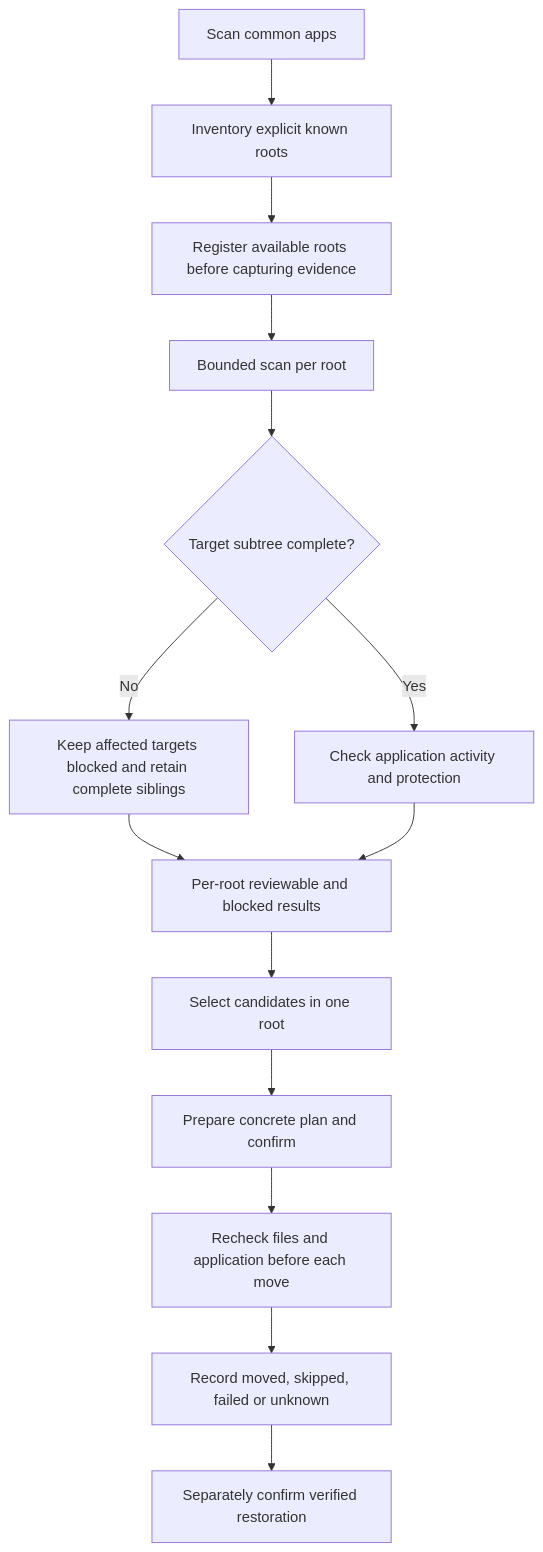
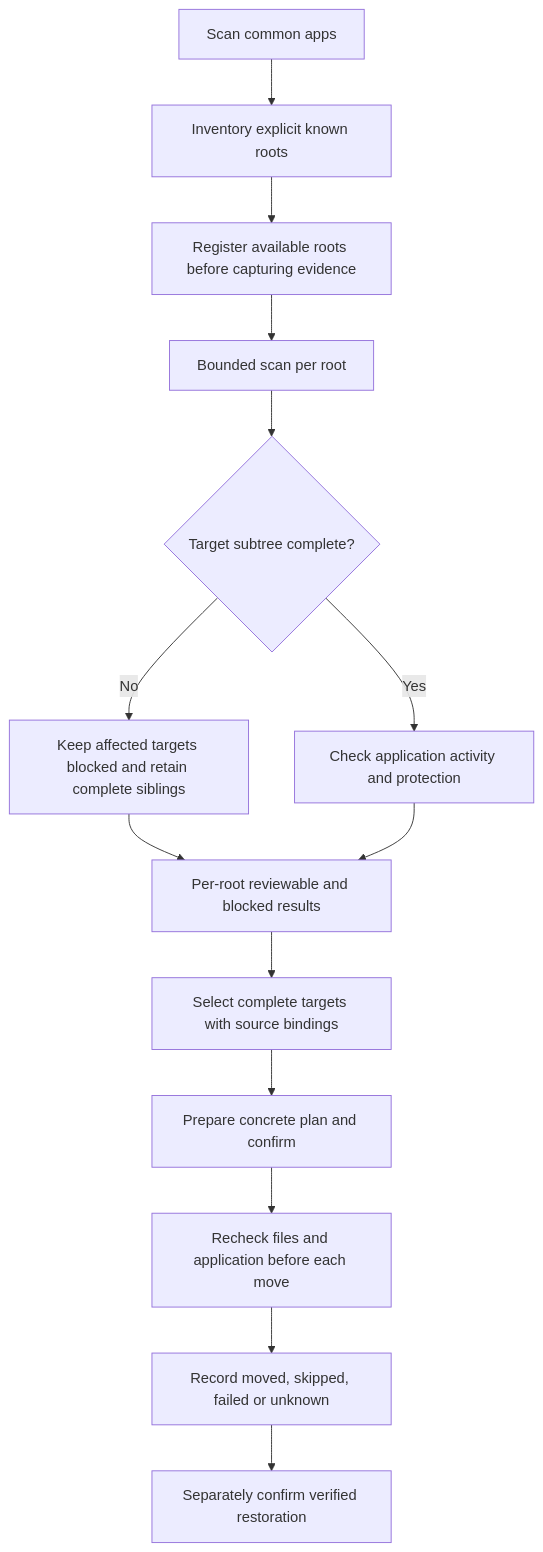
The first of 20 diagrams in docs/architecture/workflows-and-sequences.md (limecloud/shou), drawn with Mermaid before and after one commit. The commit also changed other lines of this file and 297 other files, not shown here.

Commit message:
Release v0.12.0 native architecture and platform npm distribution

````diff
--- a/docs/architecture/workflows-and-sequences.md
+++ b/docs/architecture/workflows-and-sequences.md
@@ -20,16 +20,16 @@
 ```mermaid
 flowchart TD
     Start[Scan common apps] --> Inventory[Inventory explicit known roots]
     Inventory --> Register[Register available roots before capturing evidence]
     Register --> Scan[Bounded scan per root]
     Scan --> State{Target subtree complete?}
     State -->|No| Issue[Keep affected targets blocked and retain complete siblings]
     Issue --> Results
     State -->|Yes| Activity[Check application activity and protection]
     Activity --> Results[Per-root reviewable and blocked results]
-    Results --> Select[Select candidates in one root]
+    Results --> Select[Select complete targets with source bindings]
     Select --> Preview[Prepare concrete plan and confirm]
     Preview --> Recheck[Recheck files and application before each move]
     Recheck --> Receipt[Record moved, skipped, failed or unknown]
     Receipt --> Restore[Separately confirm verified restoration]
 ```
````
